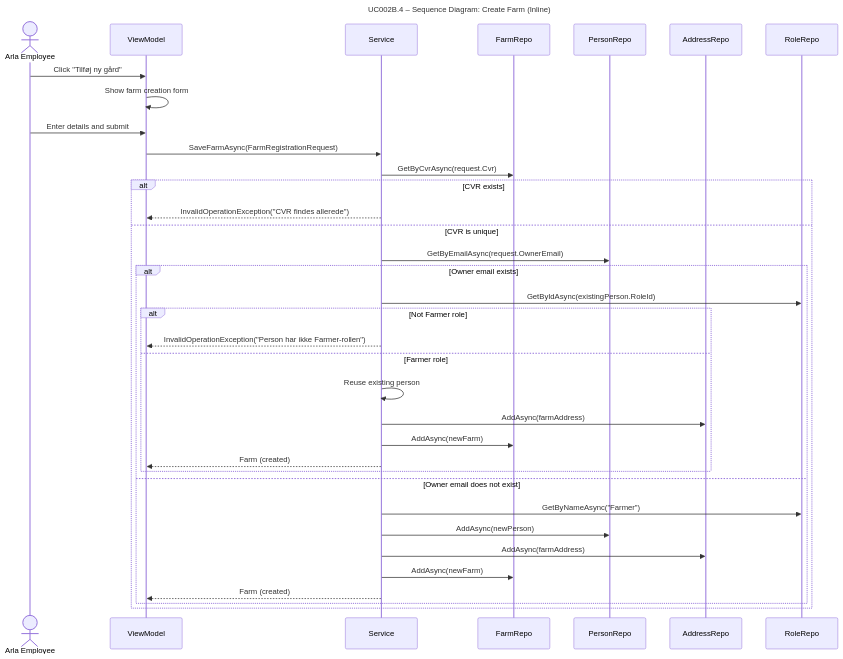
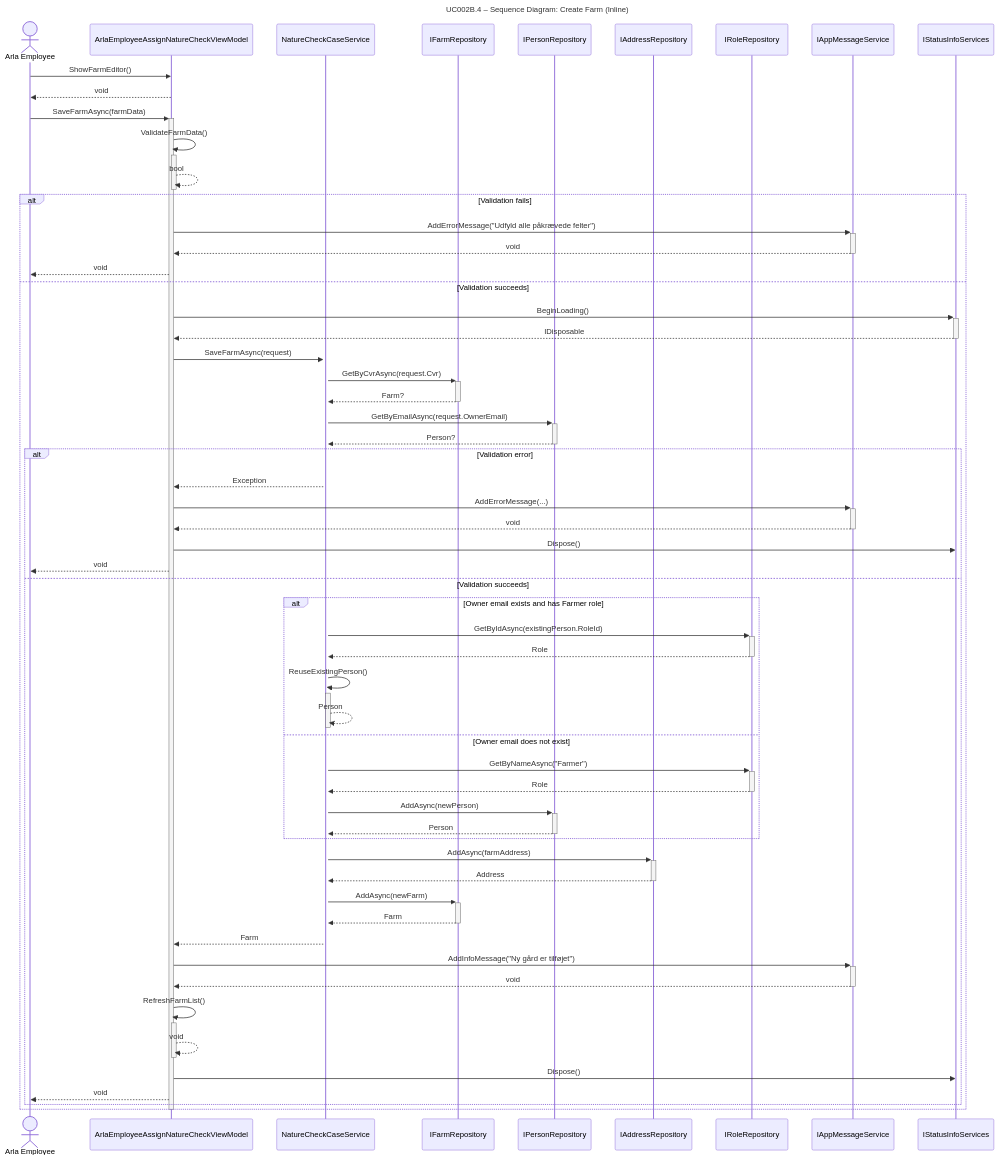
One commit to DMOoF25-TEAM11/ArlaNatureConnect changed the diagram in docs/UseCase002B-AssignNatureCheckCase/UserStories/UC002B.4-CreateFarm/UC002B.4-SD.md. Above: the diagram before and after it, drawn with Mermaid. The commit also changed other lines of this file and 65 other files, not shown here.

Commit message:
Update of UML

````diff
--- a/docs/UseCase002B-AssignNatureCheckCase/UserStories/UC002B.4-CreateFarm/UC002B.4-SD.md
+++ b/docs/UseCase002B-AssignNatureCheckCase/UserStories/UC002B.4-CreateFarm/UC002B.4-SD.md
@@ -3,42 +12,70 @@
 ```mermaid
 sequenceDiagram
     title UC002B.4 – Sequence Diagram: Create Farm (Inline)
 
     actor ArlaEmployee as Arla Employee
-    participant ViewModel
-    participant Service
-    participant FarmRepo
-    participant PersonRepo
-    participant AddressRepo
-    participant RoleRepo
+    participant ViewModel as ArlaEmployeeAssignNatureCheckViewModel
+    participant Service as NatureCheckCaseService
+    participant FarmRepo as IFarmRepository
+    participant PersonRepo as IPersonRepository
+    participant AddressRepo as IAddressRepository
+    participant RoleRepo as IRoleRepository
+    participant MsgService as IAppMessageService
+    participant StatusService as IStatusInfoServices
 
-    ArlaEmployee ->> ViewModel: Click "Tilføj ny gård"
-    ViewModel ->> ViewModel: Show farm creation form
+    ArlaEmployee ->> ViewModel: ShowFarmEditor()
+    ViewModel -->> ArlaEmployee: void
     
-    ArlaEmployee ->> ViewModel: Enter details and submit
-    ViewModel ->> Service: SaveFarmAsync(FarmRegistrationRequest)
+    ArlaEmployee ->>+ ViewModel: SaveFarmAsync(farmData)
+    ViewModel ->>+ ViewModel: ValidateFarmData()
+    ViewModel -->>- ViewModel: bool
     
-    Service ->> FarmRepo: GetByCvrAsync(request.Cvr)
-    alt CVR exists
-        Service -->> ViewModel: InvalidOperationException("CVR findes allerede")
-    else CVR is unique
-        Service ->> PersonRepo: GetByEmailAsync(request.OwnerEmail)
-        alt Owner email exists
-            Service ->> RoleRepo: GetByIdAsync(existingPerson.RoleId)
-            alt Not Farmer role
-                Service -->> ViewModel: InvalidOperationException("Person har ikke Farmer-rollen")
-            else Farmer role
-                Service ->> Service: Reuse existing person
-                Service ->> AddressRepo: AddAsync(farmAddress)
-                Service ->> FarmRepo: AddAsync(newFarm)
-                Service -->> ViewModel: Farm (created)
+    alt Validation fails
+        ViewModel ->>+ MsgService: AddErrorMessage("Udfyld alle påkrævede felter")
+        MsgService -->>- ViewModel: void
+        ViewModel -->> ArlaEmployee: void
+    else Validation succeeds
+        ViewModel ->>+ StatusService: BeginLoading()
+        StatusService -->>- ViewModel: IDisposable
+        ViewModel ->>+ Service: SaveFarmAsync(request)
+        
+        Service ->>+ FarmRepo: GetByCvrAsync(request.Cvr)
+        FarmRepo -->>- Service: Farm?
+        Service ->>+ PersonRepo: GetByEmailAsync(request.OwnerEmail)
+        PersonRepo -->>- Service: Person?
+        
+        alt Validation error
+            Service -->> ViewModel: Exception
+            ViewModel ->>+ MsgService: AddErrorMessage(...)
+            MsgService -->>- ViewModel: void
+            ViewModel ->> StatusService: Dispose()
+            ViewModel -->> ArlaEmployee: void
+        else Validation succeeds
+            alt Owner email exists and has Farmer role
+                Service ->>+ RoleRepo: GetByIdAsync(existingPerson.RoleId)
+                RoleRepo -->>- Service: Role
+                Service ->>+ Service: ReuseExistingPerson()
+                Service -->>- Service: Person
+            else Owner email does not exist
+                Service ->>+ RoleRepo: GetByNameAsync("Farmer")
+                RoleRepo -->>- Service: Role
+                Service ->>+ PersonRepo: AddAsync(newPerson)
+                PersonRepo -->>- Service: Person
             end
-        else Owner email does not exist
-            Service ->> RoleRepo: GetByNameAsync("Farmer")
-            Service ->> PersonRepo: AddAsync(newPerson)
-            Service ->> AddressRepo: AddAsync(farmAddress)
-            Service ->> FarmRepo: AddAsync(newFarm)
-            Service -->> ViewModel: Farm (created)
+            
+            Service ->>+ AddressRepo: AddAsync(farmAddress)
+            AddressRepo -->>- Service: Address
+            Service ->>+ FarmRepo: AddAsync(newFarm)
+            FarmRepo -->>- Service: Farm
+            Service -->> ViewModel: Farm
+            ViewModel ->>+ MsgService: AddInfoMessage("Ny gård er tilføjet")
+            MsgService -->>- ViewModel: void
+            ViewModel ->>+ ViewModel: RefreshFarmList()
+            ViewModel -->>- ViewModel: void
+            ViewModel ->> StatusService: Dispose()
+            ViewModel -->> ArlaEmployee: void
         end
     end
+    
+    deactivate ViewModel
 ```
````
